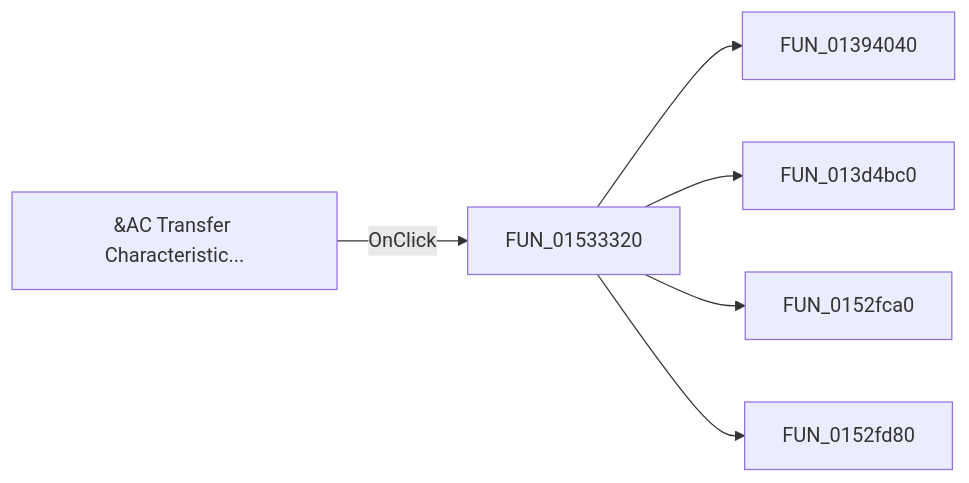
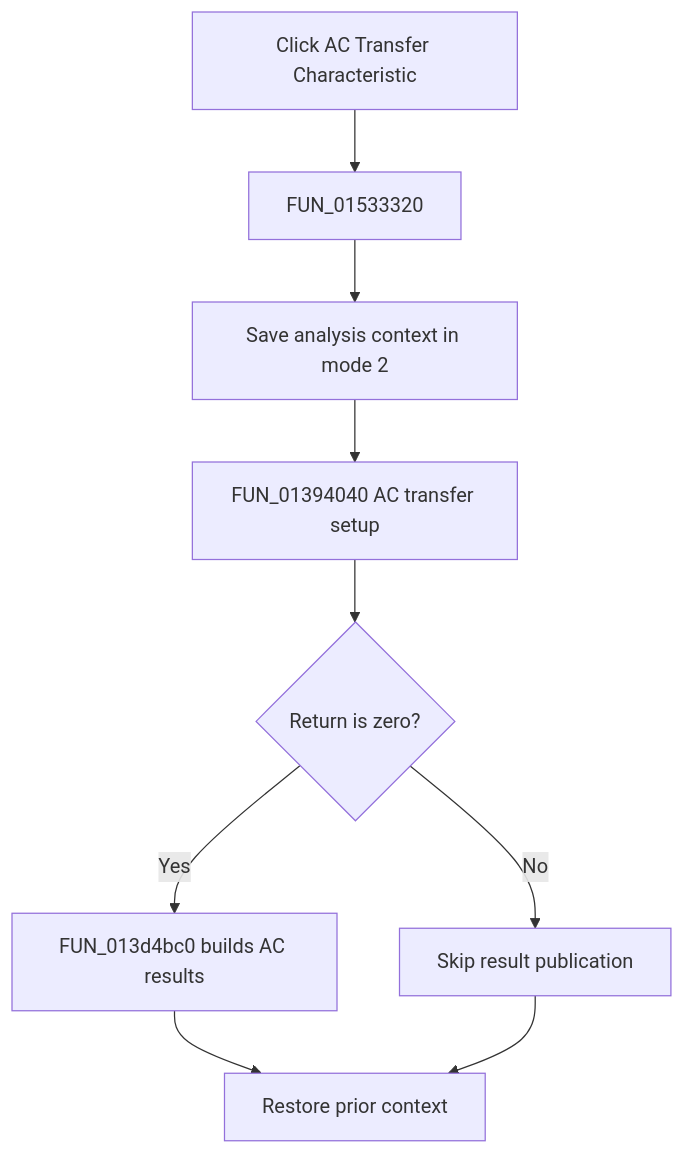
Before and after one commit to MovGP0/TIARA: the diagram in docs/ui-controls/netlisteditor/miactransfercharacteristic-570ad5d4de.md, drawn with Mermaid. The commit also changed other lines of this file and 1062 other files, not shown here.

````diff
--- a/docs/ui-controls/netlisteditor/miactransfercharacteristic-570ad5d4de.md
+++ b/docs/ui-controls/netlisteditor/miactransfercharacteristic-570ad5d4de.md
@@ -27,8 +29,11 @@
 ```mermaid
-flowchart LR
-    control["&AC Transfer Characteristic..."] -->|OnClick| handler["FUN_01533320"]
-    handler --> call1["FUN_01394040"]
-    handler --> call2["FUN_013d4bc0"]
-    handler --> call3["FUN_0152fca0"]
-    handler --> call4["FUN_0152fd80"]
+flowchart TD
+    control["Click AC Transfer Characteristic"] --> handler["FUN_01533320"]
+    handler --> prepare["Save analysis context in mode 2"]
+    prepare --> setup["FUN_01394040 AC transfer setup"]
+    setup --> zero{"Return is zero?"}
+    zero -->|Yes| publish["FUN_013d4bc0 builds AC results"]
+    zero -->|No| skip["Skip result publication"]
+    publish --> restore["Restore prior context"]
+    skip --> restore
 ```
````
